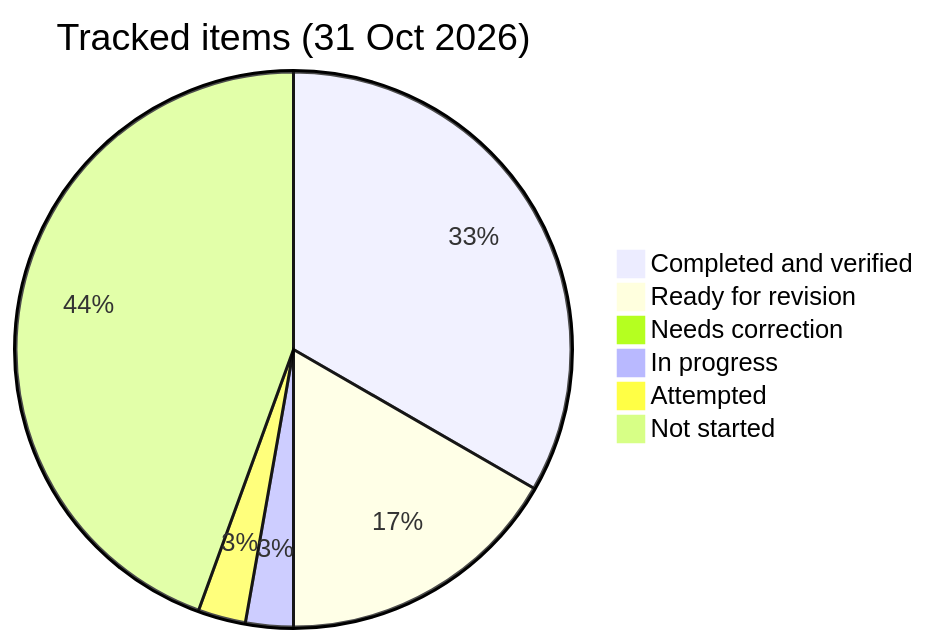
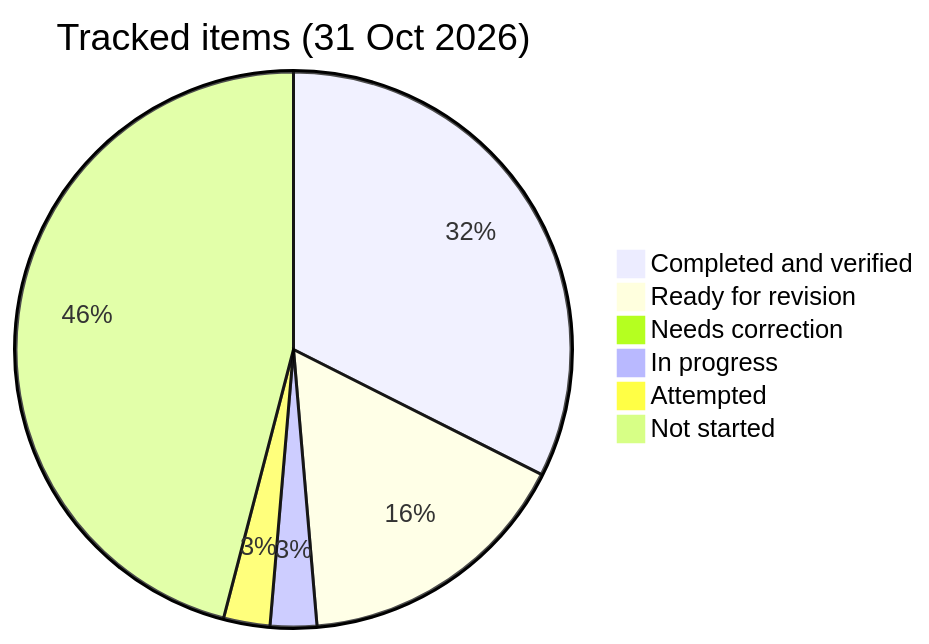
The diagram in PROGRESS.md (PrashantSury/java-switch-journey), drawn with Mermaid before and after one commit. The commit also changed other lines of this file and 3 other files, not shown here.

````diff
--- a/PROGRESS.md
+++ b/PROGRESS.md
@@ -143,9 +144,9 @@
 ```mermaid
 pie title Tracked items (31 Oct 2026)
   "Completed and verified" : 12
   "Ready for revision" : 6
   "Needs correction" : 0
   "In progress" : 1
   "Attempted" : 1
-  "Not started" : 16
+  "Not started" : 17
 ```
````
